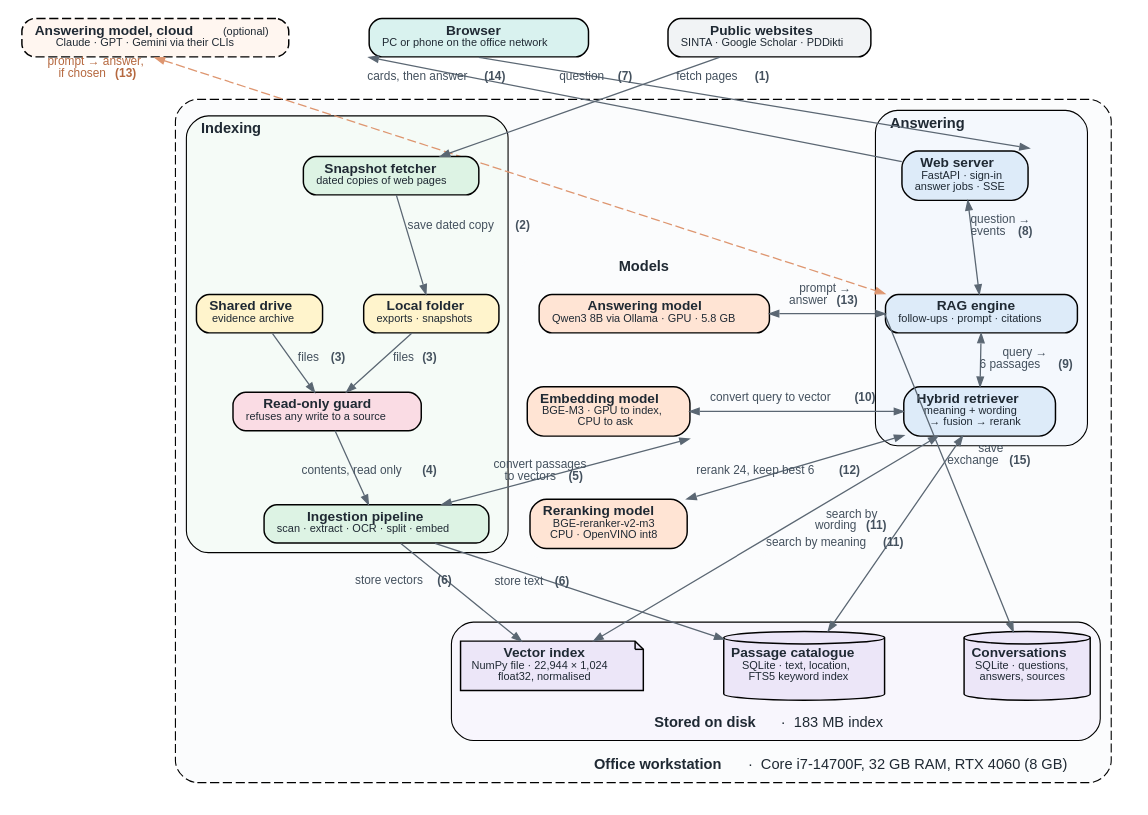
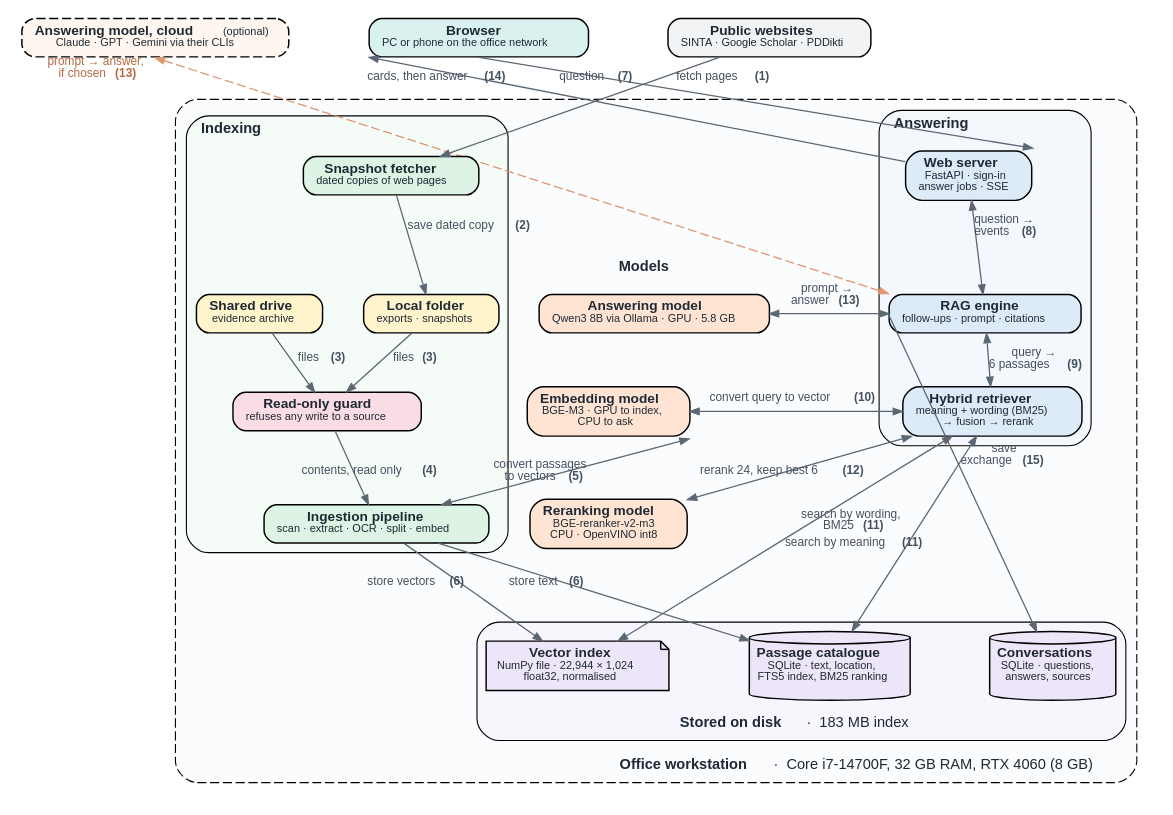
Before and after one commit to alfa-yohannis/akreditasi: the diagram in publications/paper/diagrams/architecture.dot, drawn with Graphviz. The commit also changed 16 other files, not shown here.

```diff
--- a/publications/paper/diagrams/architecture.dot
+++ b/publications/paper/diagrams/architecture.dot
@@ -1,132 +1,132 @@
 // Fig. 1 — system architecture. Rendered by render_diagrams.py.
 //
 // Pastel palette, one hue per role (fill / outline):
 //   clients     mint      #D9F2EF / #5AAFA6
 //   serving     blue      #DDEBF9 / #6A98CC
 //   models      peach     #FFE4D4 / #DE9670
 //   stores      lavender  #ECE6F8 / #9580C8
 //   indexing    green     #DDF3E4 / #6BAF84
 //   safety      rose      #FADCE4 / #D07D96
 //   sources     yellow    #FFF4CC / #D4B24C
 //   external    grey      #F1F3F5 / #9AA5B1
 digraph architecture {
   graph [rankdir=TB, newrank=true, fontname="Helvetica", fontsize=8, fontcolor="#1F2933",
          nodesep=0.30, ranksep=0.14, forcelabels=true, pad="0.06,0.03", splines=line, bgcolor="white"];
   node  [shape=box, style="rounded,filled", fontname="Helvetica", fontsize=7.5,
          fontcolor="#1F2933", penwidth=0.8, margin="0.10,0.055", height=0.26];
   edge  [color="#5B6773", penwidth=0.7, arrowsize=0.5, fontname="Helvetica",
          fontsize=6.5, fontcolor="#44515E"];
 
   // ---- outside the workstation ------------------------------------------
   browser [fillcolor="#D9F2EF", color="black",
            label=<<B>Browser</B><BR/><FONT POINT-SIZE="6.5">PC or phone on the office network</FONT>>];
   cloud   [fillcolor="#FFF6F0", color="black", style="rounded,filled,dashed",
            label=<<B>Answering model, cloud</B> <FONT POINT-SIZE="6.5">(optional)</FONT><BR/><FONT POINT-SIZE="6.5">Claude · GPT · Gemini via their CLIs</FONT>>];
   websites [fillcolor="#F1F3F5", color="black",
            label=<<B>Public websites</B><BR/><FONT POINT-SIZE="6.5">SINTA · Google Scholar · PDDikti</FONT>>];
 
   subgraph cluster_workstation {
     label=<<B>Office workstation</B>  ·  Core i7-14700F, 32 GB RAM, RTX 4060 (8 GB)>;
     labeljust=r; labelloc=b; style="rounded,dashed"; color="black"; penwidth=0.6; bgcolor="#FBFCFD"; margin=6;
 
     subgraph cluster_answer {
       label=<<B>Answering</B>>; labeljust=l; labelloc=t;
       style="rounded"; color="black"; penwidth=0.6; bgcolor="#F4F8FD"; margin=5;
       server    [fillcolor="#DDEBF9", color="black",
                  label=<<B>Web server</B><BR/><FONT POINT-SIZE="6.5">FastAPI · sign-in<BR/>answer jobs · SSE</FONT>>];
       rag       [fillcolor="#DDEBF9", color="black",
                  label=<<B>RAG engine</B><BR/><FONT POINT-SIZE="6.5">follow-ups · prompt · citations</FONT>>];
       retriever [fillcolor="#DDEBF9", color="black",
-                 label=<<B>Hybrid retriever</B><BR/><FONT POINT-SIZE="6.5">meaning + wording<BR/>→ fusion → rerank</FONT>>];
+                 label=<<B>Hybrid retriever</B><BR/><FONT POINT-SIZE="6.5">meaning + wording (BM25)<BR/>→ fusion → rerank</FONT>>];
     }
 
     subgraph cluster_models {
       label=<<B>Models</B>>; labeljust=c; labelloc=t;
       // no frame: edge labels cross into this column, and the peach fills
       // already group the models
       peripheries=0; margin=5;
       llm      [fillcolor="#FFE4D4", color="black",
                 label=<<B>Answering model</B><BR/><FONT POINT-SIZE="6.5">Qwen3 8B via Ollama · GPU · 5.8 GB</FONT>>];
       embedder [fillcolor="#FFE4D4", color="black",
                 label=<<B>Embedding model</B><BR/><FONT POINT-SIZE="6.5">BGE-M3 · GPU to index,<BR/>CPU to ask</FONT>>];
       reranker [fillcolor="#FFE4D4", color="black",
                 label=<<B>Reranking model</B><BR/><FONT POINT-SIZE="6.5">BGE-reranker-v2-m3<BR/>CPU · OpenVINO int8</FONT>>];
     }
 
     subgraph cluster_index {
       label=<<B>Indexing</B>>; labeljust=l; labelloc=t;
       style="rounded"; color="black"; penwidth=0.6; bgcolor="#F5FBF7"; margin=5;
       snapshot [fillcolor="#DDF3E4", color="black",
                 label=<<B>Snapshot fetcher</B><BR/><FONT POINT-SIZE="6.5">dated copies of web pages</FONT>>];
       localdir [fillcolor="#FFF4CC", color="black",
                 label=<<B>Local folder</B><BR/><FONT POINT-SIZE="6.5">exports · snapshots</FONT>>];
       drive    [fillcolor="#FFF4CC", color="black",
                 label=<<B>Shared drive</B><BR/><FONT POINT-SIZE="6.5">evidence archive</FONT>>];
       guard    [fillcolor="#FADCE4", color="black",
                 label=<<B>Read-only guard</B><BR/><FONT POINT-SIZE="6.5">refuses any write to a source</FONT>>];
       ingest   [fillcolor="#DDF3E4", color="black",
                 label=<<B>Ingestion pipeline</B><BR/><FONT POINT-SIZE="6.5">scan · extract · OCR · split · embed</FONT>>];
     }
 
     subgraph cluster_stores {
       label=<<B>Stored on disk</B>  ·  183 MB index>; labeljust=c; labelloc=b;
       style="rounded"; color="black"; penwidth=0.6; bgcolor="#F8F6FD"; margin=5;
       conversations [shape=cylinder, style="filled", fillcolor="#ECE6F8", color="black", margin="0.06,0.05",
                      label=<<B>Conversations</B><BR/><FONT POINT-SIZE="6.5">SQLite · questions,<BR/>answers, sources</FONT>>];
       // two separate stores, joined only by the passage id
       catalogue [shape=cylinder, style="filled", fillcolor="#ECE6F8", color="black", margin="0.06,0.05",
-                 label=<<B>Passage catalogue</B><BR/><FONT POINT-SIZE="6.5">SQLite · text, location,<BR/>FTS5 keyword index</FONT>>];
+                 label=<<B>Passage catalogue</B><BR/><FONT POINT-SIZE="6.5">SQLite · text, location,<BR/>FTS5 index, BM25 ranking</FONT>>];
       // a plain array file, not a database: drawn as a file, not a cylinder
       vectors   [shape=note, style="filled", fillcolor="#ECE6F8", color="black", margin="0.08,0.05",
                  label=<<B>Vector index</B><BR/><FONT POINT-SIZE="6.5">NumPy file · 22,944 × 1,024<BR/>float32, normalised</FONT>>];
     }
   }
 
   // ---- rows ---------------------------------------------------------------
   { rank=same; browser; cloud; websites; }
   { rank=same; server; snapshot; }
   { rank=same; rag; llm; localdir; drive; }
   { rank=same; retriever; embedder; guard; }
   { rank=same; reranker; ingest; }
   { rank=same; conversations; catalogue; vectors; }
 
   // Every edge says what it does or what flows along it, and ends with its
   // step number: (1)-(6) build the index in advance, (7)-(15) answer a question.
   // Two-headed edges are calls that return a result, labelled input → output.
 
   // ---- answering path -----------------------------------------------------
   browser:s -> server:ne [label=< question <B>(7)</B>>];
   server -> browser:sw [constraint=false, class="mid left at78", label=<cards, then answer <B>(14)</B>>];
   server -> rag [dir=both, label=< question →<BR/> events <B>(8)</B>>];
   rag -> retriever [dir=both, class="mid west", label=< query →<BR/> 6 passages <B>(9)</B>>];
   // class "mid": label centred on the line (see render_diagrams.py)
   rag -> llm [dir=both, class="mid north at57", label=<prompt →<BR/>answer <B>(13)</B>>];
   cloud:s -> rag:nw [dir=both, style=dashed, color="#DE9670", fontcolor="#B5683F",
                      class="mid left at10", taillabel=<prompt → answer,<BR/>if chosen <B>(13)</B>>];
   retriever -> embedder [dir=both, class="mid above at55", label=<convert query to vector <B>(10)</B>>];
   retriever -> reranker [dir=both, class="mid north at60", label=<rerank 24, keep best 6 <B>(12)</B>>];
-  retriever -> catalogue [dir=both, class="mid left at50", xlabel=<search by<BR/>wording <B>(11)</B>>];
+  retriever -> catalogue [dir=both, class="mid left at50", xlabel=<search by wording,<BR/>BM25 <B>(11)</B>>];
   retriever -> vectors [dir=both, class="mid right at65", xlabel=<search by meaning <B>(11)</B>>];
   rag:w -> conversations [class="mid east at58", xlabel=<save<BR/>exchange <B>(15)</B>>];
 
   // ---- indexing path ------------------------------------------------------
   websites -> snapshot [label=< fetch pages <B>(1)</B>>];
   snapshot -> localdir [label=< save dated copy <B>(2)</B>>];
   drive -> guard [label=< files <B>(3)</B>>];
   localdir -> guard [label=<files <B>(3)</B> >];
   guard -> ingest [label=< contents, read only <B>(4)</B>>];
   embedder:se -> ingest [dir=both, class="mid north at78", label=<convert passages<BR/>to vectors <B>(5)</B>>];
   ingest -> catalogue [minlen=2, class="mid below at25", xlabel=<store text <B>(6)</B>>];
   ingest -> vectors [minlen=2, class="mid right at45", xlabel=<store vectors <B>(6)</B>>];
 
   // keep the three columns in order: answering | models | indexing
   rag -> llm [style=invis, weight=5];
   embedder -> guard [style=invis];
   cloud -> browser [style=invis];
   browser -> websites [style=invis];
   // stores left to right: conversations | catalogue | vectors
   conversations -> catalogue -> vectors [style=invis];
   // the reranking model sits under the embedding model, clear of the line to the vector file
   embedder -> reranker [style=invis, weight=10];
 
 }
```
